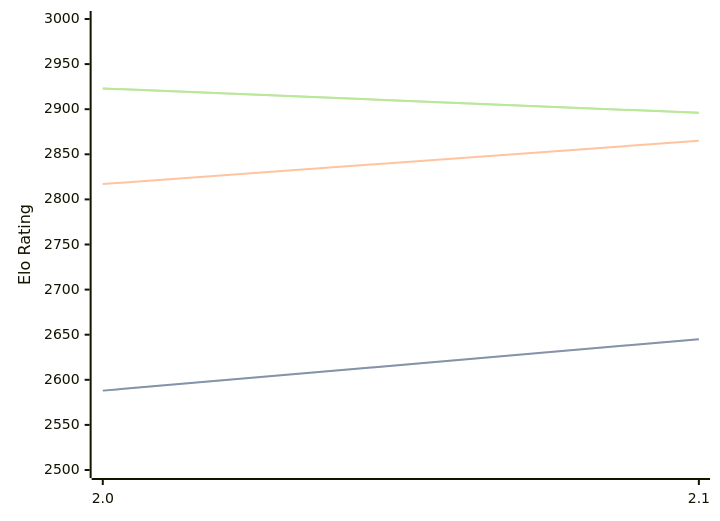
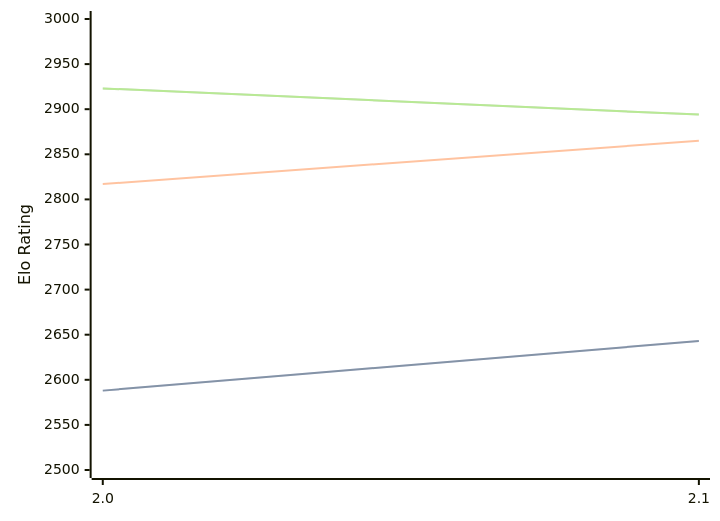
One commit to computer-chess-index/cci changed the diagram in engines/Noggin.md. Above: the diagram before and after it, drawn with Mermaid. The commit also changed other lines of this file, not shown here.

Commit message:
Update CCI Ratings (ELO VLTC) - 2026-07-21

````diff
--- a/engines/Noggin.md
+++ b/engines/Noggin.md
@@ -33,11 +33,11 @@
 ```mermaid
 %%{init: {"theme":"base","themeVariables":{"seriesColors:['#a3a3a3','#222221','#faa371']}}}%%
 xychart-beta
   x-axis ["2.0", "2.1"]
   y-axis "Elo Rating" 2500 --> 3000
-  line "STC (8.0+0.08s)" [2588, 2645]
-  line "STC (8.0+0.08s)" [2588, 2645]
+  line "STC (8.0+0.08s)" [2588, 2643]
+  line "STC (8.0+0.08s)" [2588, 2643]
   line "LTC (60.0+0.60s)" [2817, 2865]
-  line "VLTC (2m24s+1.12s)" [2923, 2896]
-  line "VLTC (2m24s+1.12s)" [2923, 2896]
+  line "VLTC (2m24s+1.12s)" [2923, 2894]
+  line "VLTC (2m24s+1.12s)" [2923, 2894]
 ```
````
